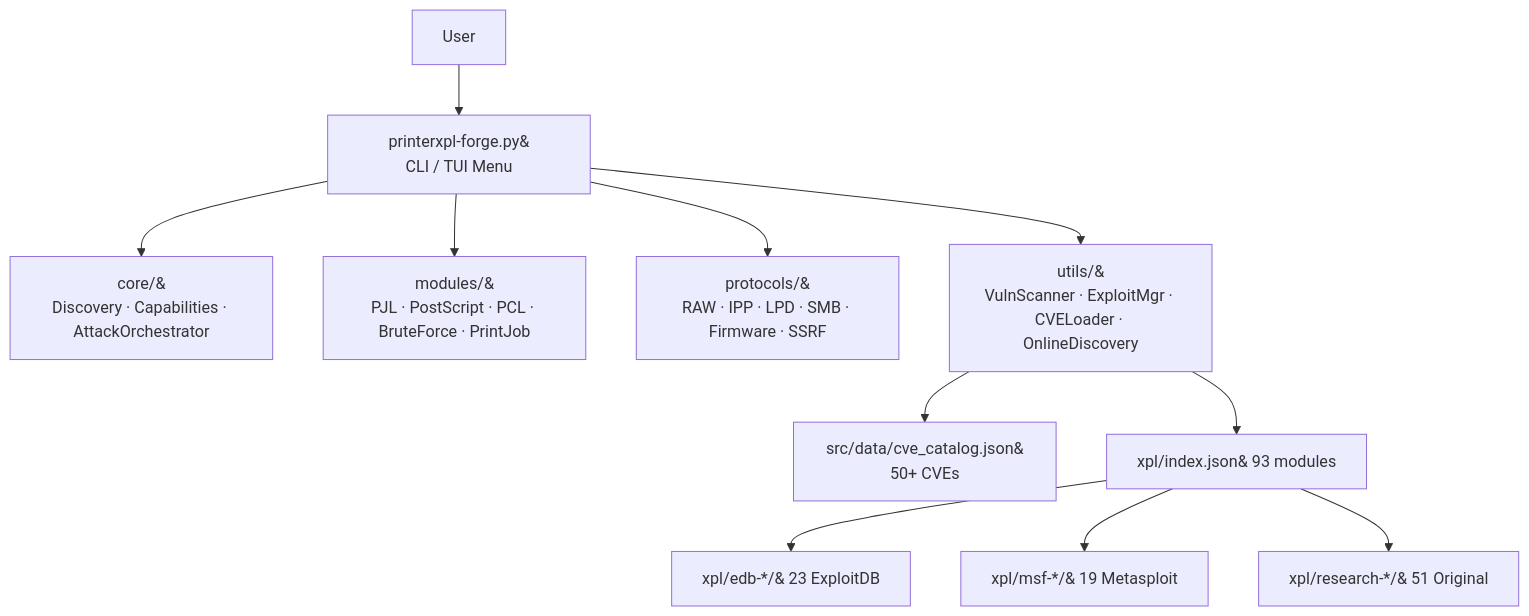
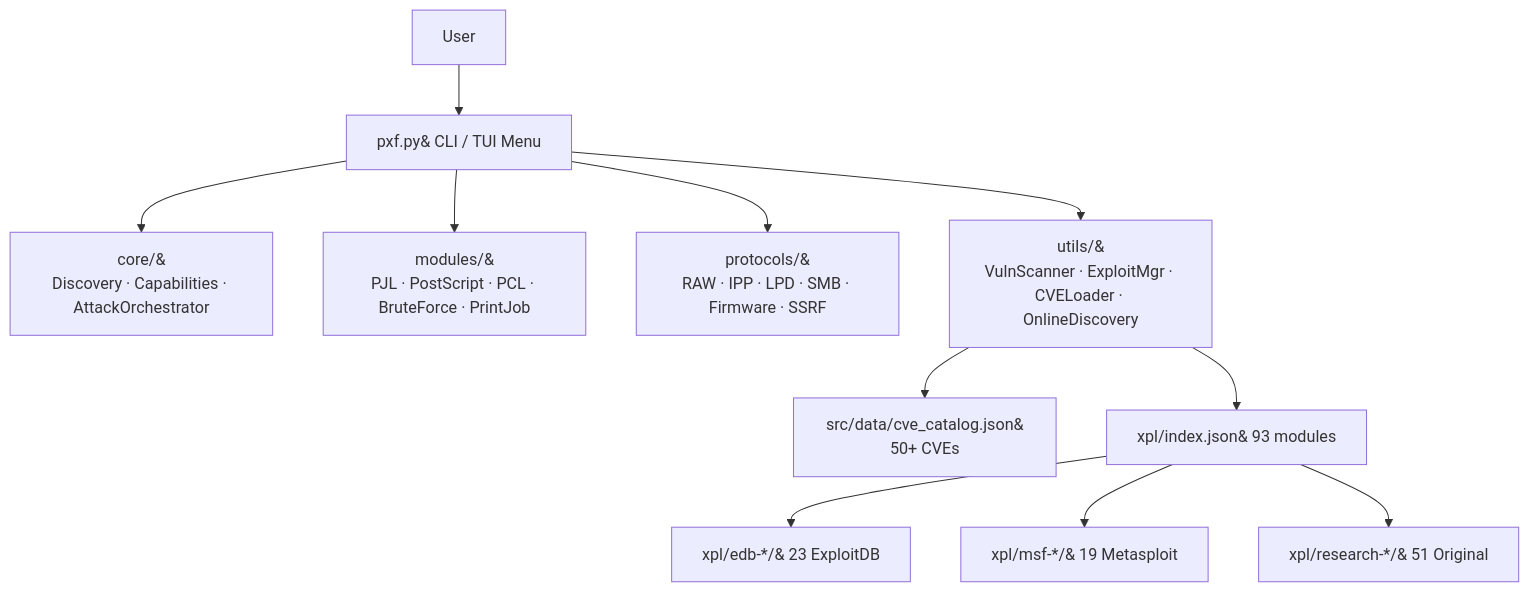
The fifth of 5 diagrams in docs/Exploiting-Network-Printers-via-PrinterXPL-Forge.md (mrhenrike/PrinterXPL-Forge), drawn with Mermaid before and after one commit. The commit also changed other lines of this file and 75 other files, not shown here.

````diff
--- a/docs/Exploiting-Network-Printers-via-PrinterXPL-Forge.md
+++ b/docs/Exploiting-Network-Printers-via-PrinterXPL-Forge.md
@@ -802,13 +802,13 @@
 ```mermaid
 flowchart TD
-  User --> CLI["printerxpl-forge.py&#10;CLI / TUI Menu"]
+  User --> CLI["pxf.py&#10;CLI / TUI Menu"]
   CLI --> Core["core/&#10;Discovery · Capabilities · AttackOrchestrator"]
   CLI --> Mods["modules/&#10;PJL · PostScript · PCL · BruteForce · PrintJob"]
   CLI --> Proto["protocols/&#10;RAW · IPP · LPD · SMB · Firmware · SSRF"]
   CLI --> Utils["utils/&#10;VulnScanner · ExploitMgr · CVELoader · OnlineDiscovery"]
   Utils --> CVECatalog["src/data/cve_catalog.json&#10;50+ CVEs"]
   Utils --> XplIndex["xpl/index.json&#10;93 modules"]
   XplIndex --> EDB["xpl/edb-*/&#10;23 ExploitDB"]
   XplIndex --> MSF["xpl/msf-*/&#10;19 Metasploit"]
   XplIndex --> Research["xpl/research-*/&#10;51 Original"]
 ```
````
